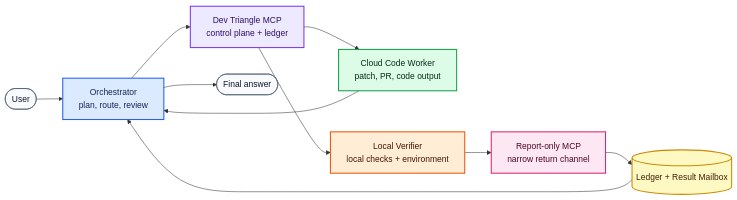
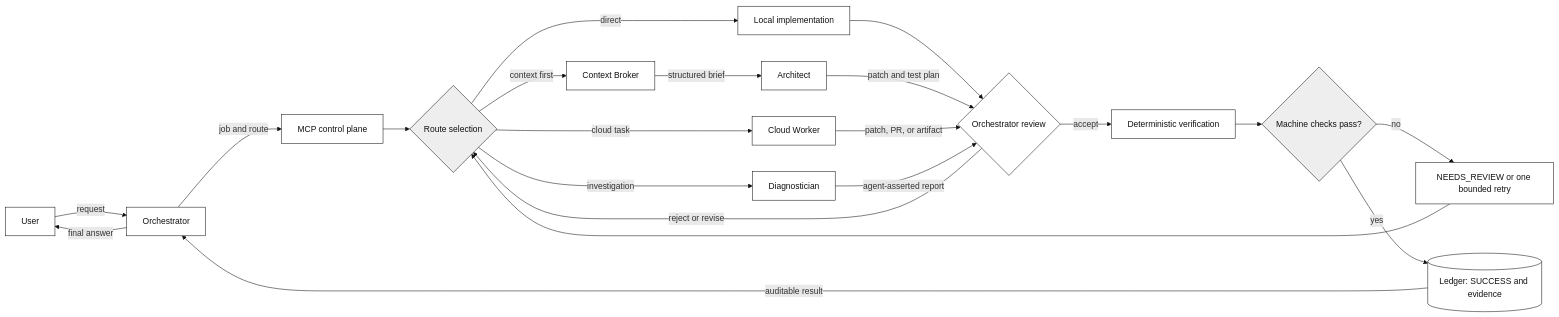
The first of 2 diagrams in README.md (SpadesZ/dev-triangle-mcp), drawn with Mermaid before and after one commit. The commit also changed other lines of this file and 11 other files, not shown here.

````diff
--- a/README.md
+++ b/README.md
@@ -88,20 +90,31 @@
 ```mermaid
 flowchart LR
-  U(["User"]):::human --> O["Orchestrator<br/>plan, route, review"]:::orchestrator
-  O --> M["Dev Triangle MCP<br/>control plane + ledger"]:::mcp
-  M --> W["Cloud Code Worker<br/>patch, PR, code output"]:::worker
-  M --> V["Local Verifier<br/>local checks + environment"]:::verifier
-  W --> O
-  V --> R["Report-only MCP<br/>narrow return channel"]:::report
-  R --> S[("Ledger + Result Mailbox")]:::state
-  S --> O
-  O --> F(["Final answer"]):::human
+  U["User"] -->|request| O["Orchestrator"]
+  O -->|job and route| M["MCP control plane"]
+  M --> R{"Route selection"}
+  R -->|direct| L["Local implementation"]
+  R -->|context first| B["Context Broker"]
+  B -->|structured brief| A["Architect"]
+  R -->|cloud task| W["Cloud Worker"]
+  R -->|investigation| D["Diagnostician"]
+  L --> G{"Orchestrator review"}
+  A -->|patch and test plan| G
+  W -->|patch, PR, or artifact| G
+  D -->|agent-asserted report| G
+  G -->|reject or revise| R
+  G -->|accept| V["Deterministic verification"]
+  V --> Q{"Machine checks pass?"}
+  Q -->|no| N["NEEDS_REVIEW or one bounded retry"]
+  N --> R
+  Q -->|yes| S[("Ledger: SUCCESS and evidence")]
+  S -->|auditable result| O
+  O -->|final answer| U
 
-  classDef human fill:#f8fafc,stroke:#475569,color:#0f172a,stroke-width:1px;
-  classDef orchestrator fill:#dbeafe,stroke:#2563eb,color:#172554,stroke-width:2px;
-  classDef mcp fill:#ede9fe,stroke:#7c3aed,color:#2e1065,stroke-width:2px;
-  classDef worker fill:#dcfce7,stroke:#16a34a,color:#052e16,stroke-width:2px;
-  classDef verifier fill:#ffedd5,stroke:#ea580c,color:#431407,stroke-width:2px;
-  classDef report fill:#fce7f3,stroke:#db2777,color:#500724,stroke-width:2px;
-  classDef state fill:#fef9c3,stroke:#ca8a04,color:#422006,stroke-width:2px;
+  classDef process fill:#ffffff,stroke:#111111,color:#111111,stroke-width:1px;
+  classDef decision fill:#eeeeee,stroke:#111111,color:#111111,stroke-width:1px;
+  classDef store fill:#ffffff,stroke:#111111,color:#111111,stroke-width:1px;
+  class U,O,M,L,B,A,W,D,G,V,N process;
+  class R,Q decision;
+  class S store;
+  linkStyle default stroke:#111111,stroke-width:1px;
 ```
````
